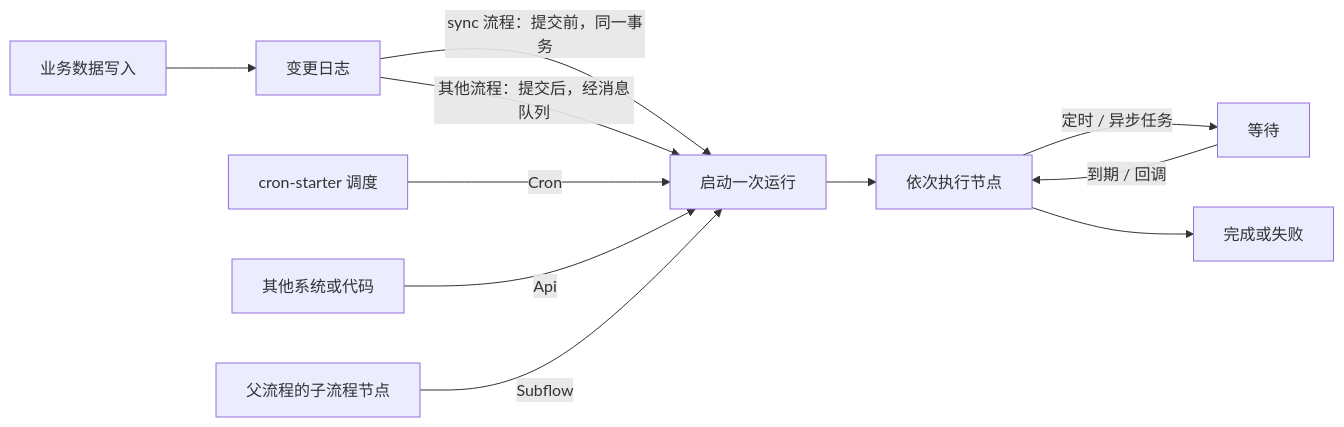
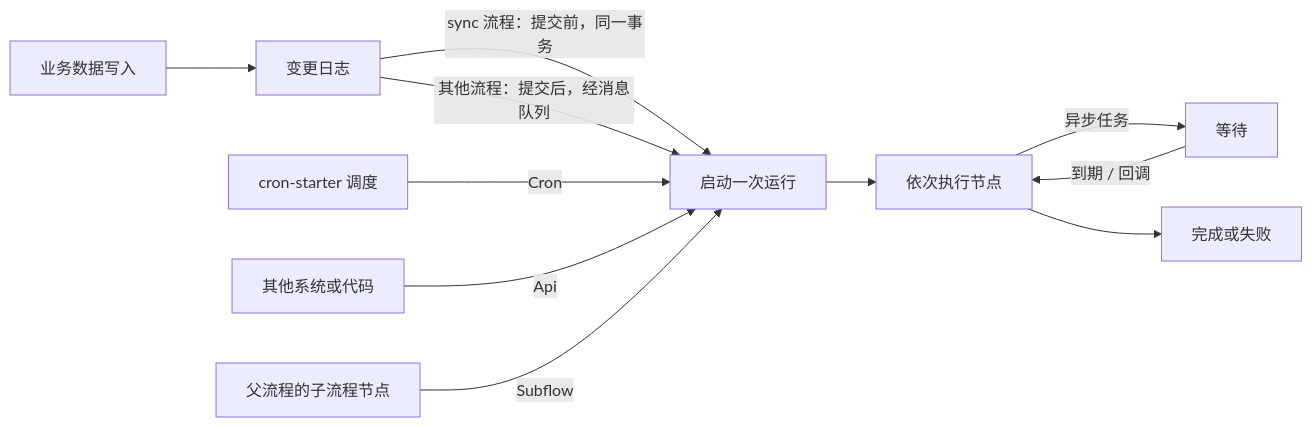
The first of 2 diagrams in content/zh-CN/docs/features/flow/automation.mdx (softa-io/softa-docs), drawn with Mermaid before and after one commit. The commit also changed other lines of this file and 27 other files, not shown here.

````diff
--- a/content/zh-CN/docs/features/flow/automation.mdx
+++ b/content/zh-CN/docs/features/flow/automation.mdx
@@ -17,13 +17,13 @@
 ```mermaid
 flowchart LR
     W["业务数据写入"] --> CL["变更日志"]
     CL -- "sync 流程：提交前，同一事务" --> RUN["启动一次运行"]
     CL -- "其他流程：提交后，经消息队列" --> RUN
     CR["cron-starter 调度"] -- "Cron" --> RUN
     API["其他系统或代码"] -- "Api" --> RUN
     PF["父流程的子流程节点"] -- "Subflow" --> RUN
     RUN --> N["依次执行节点"]
-    N -- "定时 / 异步任务" --> WT["等待"]
+    N -- "异步任务" --> WT["等待"]
     WT -- "到期 / 回调" --> N
     N --> DONE["完成或失败"]
 ```
````
